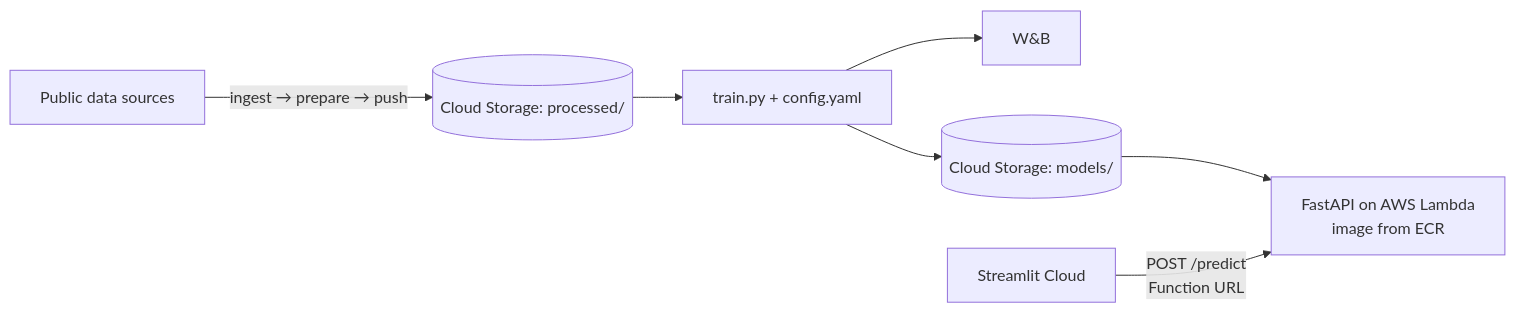
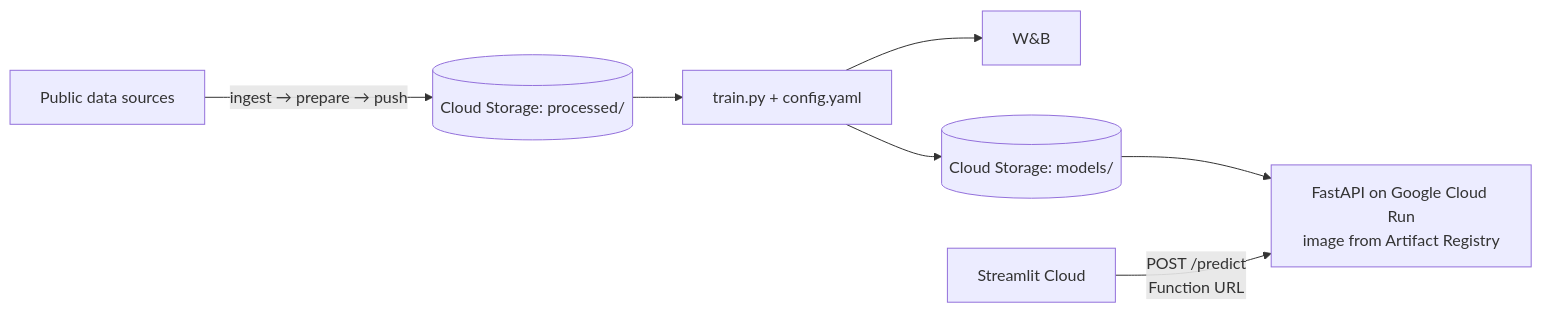
The diagram in docs/DEVELOPMENT_PLAN.md (haydn-s/climate-impact-pipeline), drawn with Mermaid before and after one commit. The commit also changed other lines of this file and 1 other file, not shown here.

First line of the commit message:
docs: document the weather dataset, Cloud Run deploy, and front-end

````diff
--- a/docs/DEVELOPMENT_PLAN.md
+++ b/docs/DEVELOPMENT_PLAN.md
@@ -64,9 +64,9 @@
 ```mermaid
 flowchart LR
     SRC[Public data sources] -->|ingest → prepare → push| STORED[(Cloud Storage: processed/)]
     STORED --> TRAIN[train.py + config.yaml]
     TRAIN --> WB[W&B]
     TRAIN --> STOREM[(Cloud Storage: models/)]
-    STOREM --> API[FastAPI on AWS Lambda<br/>image from ECR]
+    STOREM --> API[FastAPI on Google Cloud Run<br/>image from Artifact Registry]
     UI[Streamlit Cloud] -->|POST /predict<br/>Function URL| API
 ```
````
